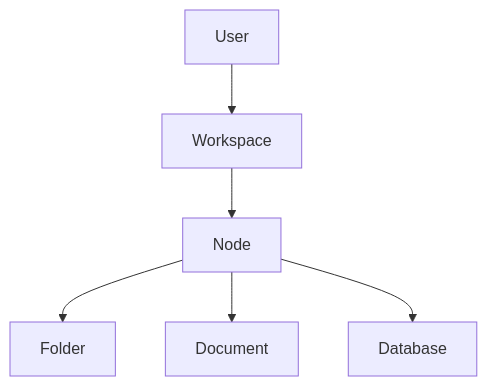
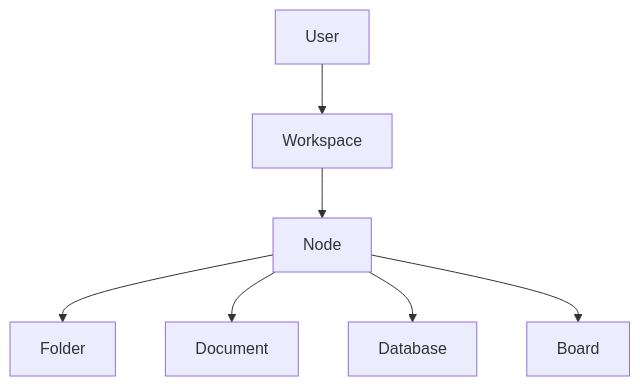
Before and after one commit to insadamt/Orbium: the diagram in Docs/docs/02-domain-model.md, drawn with Mermaid. The commit also changed other lines of this file and 208 other files, not shown here.

````diff
--- a/Docs/docs/02-domain-model.md
+++ b/Docs/docs/02-domain-model.md
@@ -5,8 +5,9 @@
 ```mermaid
 graph TD
     U[User] --> W[Workspace]
     W --> N[Node]
     N --> F[Folder]
     N --> D[Document]
     N --> DB[Database]
+    N --> B[Board]
 ```
````
